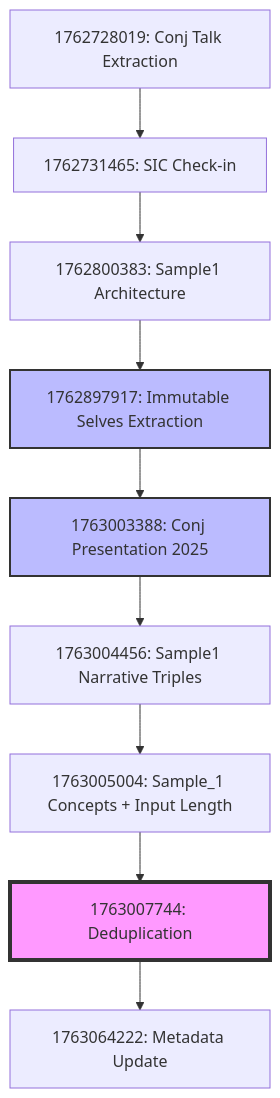
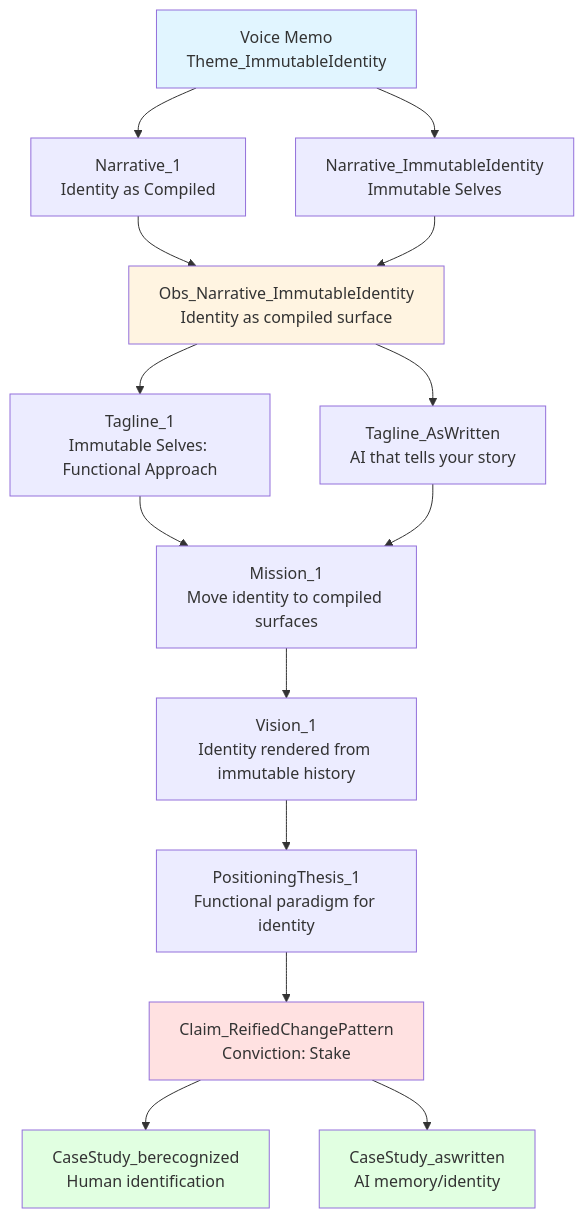
One commit to Synthetic-Identity-Co/conj-talk-2025 changed the second of 2 diagrams in README.md. Above: the diagram before and after it, drawn with Mermaid. The commit also changed other lines of this file, not shown here.

Commit message:
story:  b8d1673e3891bdc7620c78b3478d8afa726cba51

````diff
--- a/README.md
+++ b/README.md
@@ -172,15 +240,22 @@
 ```mermaid
 graph TD
-    A[1762728019: Conj Talk Extraction] --> B[1762731465: SIC Check-in]
-    B --> C[1762800383: Sample1 Architecture]
-    C --> D[1762897917: Immutable Selves Extraction]
-    D --> E[1763003388: Conj Presentation 2025]
-    E --> F[1763004456: Sample1 Narrative Triples]
-    F --> G[1763005004: Sample_1 Concepts + Input Length]
-    G --> H[1763007744: Deduplication]
-    H --> I[1763064222: Metadata Update]
+    A[Voice Memo<br/>Theme_ImmutableIdentity] --> B[Narrative_1<br/>Identity as Compiled]
+    A --> C[Narrative_ImmutableIdentity<br/>Immutable Selves]
+    B --> D[Obs_Narrative_ImmutableIdentity<br/>Identity as compiled surface]
+    C --> D
+    D --> E[Tagline_1<br/>Immutable Selves: Functional Approach]
+    D --> F[Tagline_AsWritten<br/>AI that tells your story]
+    E --> G[Mission_1<br/>Move identity to compiled surfaces]
+    F --> G
+    G --> H[Vision_1<br/>Identity rendered from immutable history]
+    H --> I[PositioningThesis_1<br/>Functional paradigm for identity]
+    I --> J[Claim_ReifiedChangePattern<br/>Conviction: Stake]
+    J --> K[CaseStudy_berecognized<br/>Human identification]
+    J --> L[CaseStudy_aswritten<br/>AI memory/identity]
     
-    style H fill:#f9f,stroke:#333,stroke-width:4px
-    style D fill:#bbf,stroke:#333,stroke-width:2px
-    style E fill:#bbf,stroke:#333,stroke-width:2px
+    style A fill:#e1f5ff
+    style D fill:#fff4e1
+    style J fill:#ffe1e1
+    style K fill:#e1ffe1
+    style L fill:#e1ffe1
 ```
````
